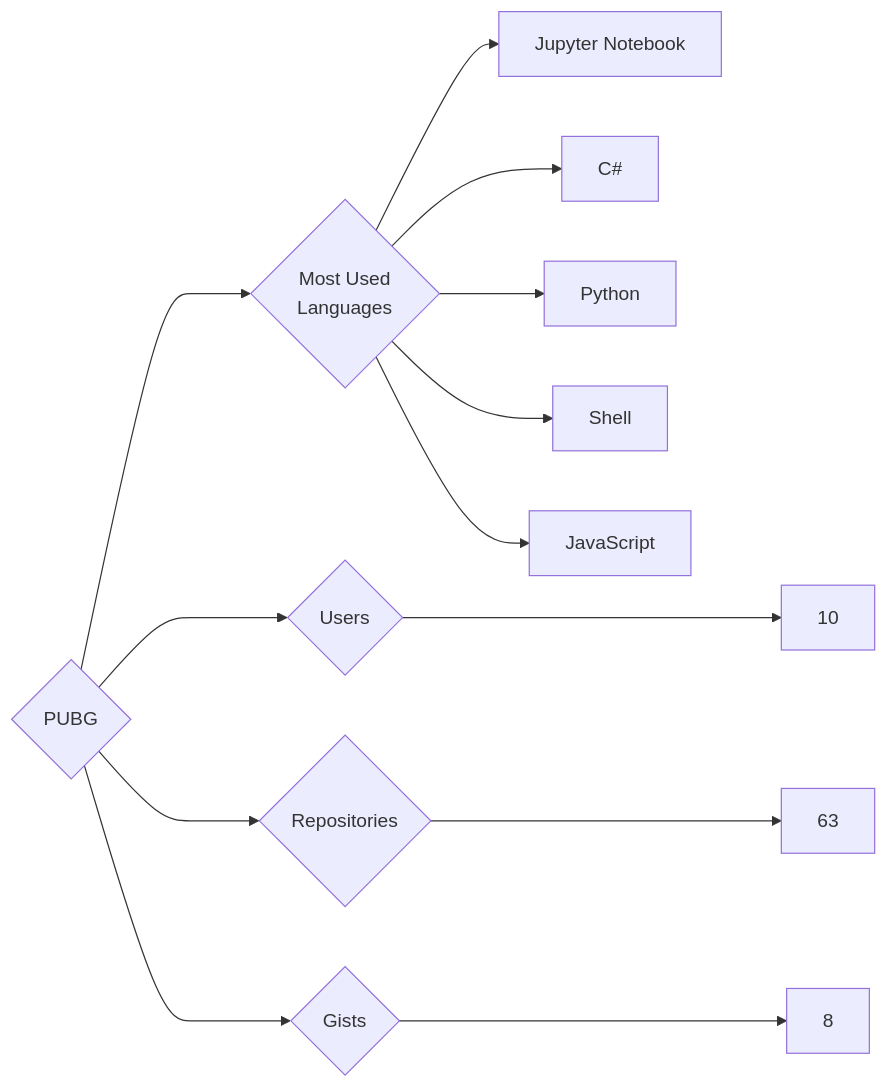
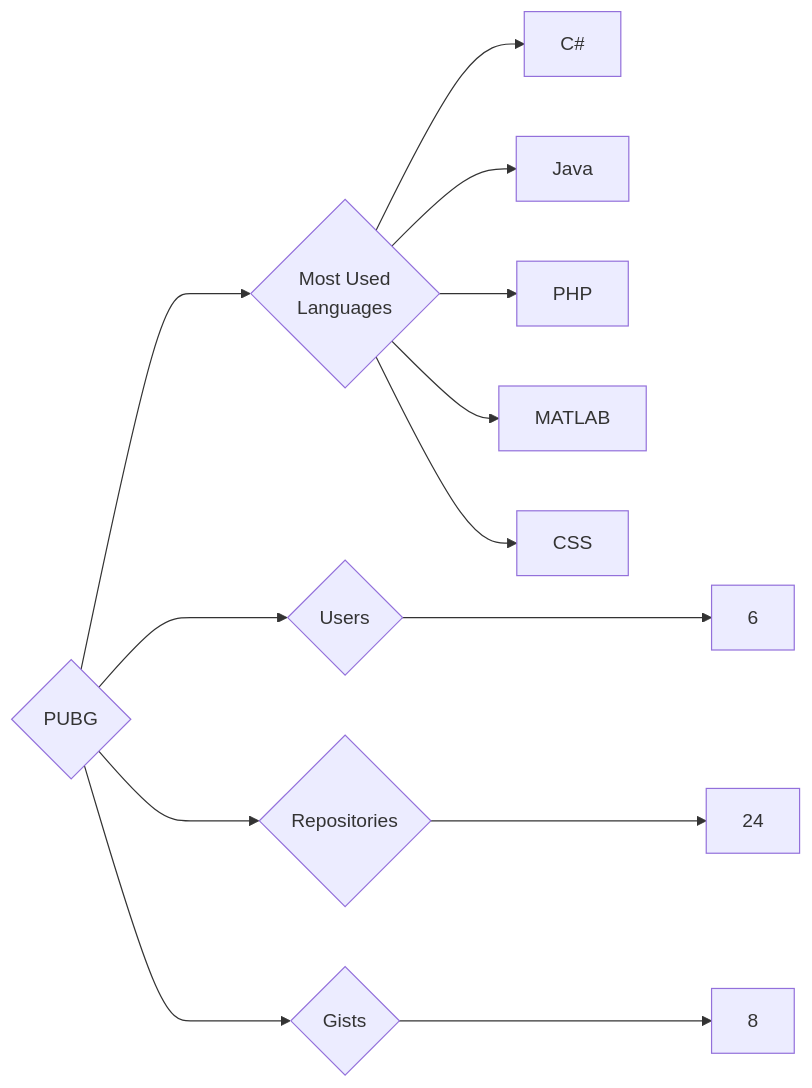
Before and after one commit to trickest/insiders: the diagram in targets/PUBG/README.md, drawn with Mermaid. The commit also changed 1508 other files, not shown here.

````diff
--- a/targets/PUBG/README.md
+++ b/targets/PUBG/README.md
@@ -3,13 +3,13 @@
 ```mermaid
 graph LR
 COMPANY_NAME{PUBG}
-COMPANY_NAME ---> U{Users} ---> UN[10]
-COMPANY_NAME ---> R{Repositories} ---> RN[63]
+COMPANY_NAME ---> U{Users} ---> UN[6]
+COMPANY_NAME ---> R{Repositories} ---> RN[24]
 COMPANY_NAME ---> G{Gists} ---> GN[8]
 COMPANY_NAME ---> ML{Most Used<br>Languages}
-ML --> Jupyter_Notebook[Jupyter Notebook]
 ML --> C#[C#]
-ML --> Python[Python]
-ML --> Shell[Shell]
-ML --> JavaScript[JavaScript]
+ML --> Java[Java]
+ML --> PHP[PHP]
+ML --> MATLAB[MATLAB]
+ML --> CSS[CSS]
 ```
````
